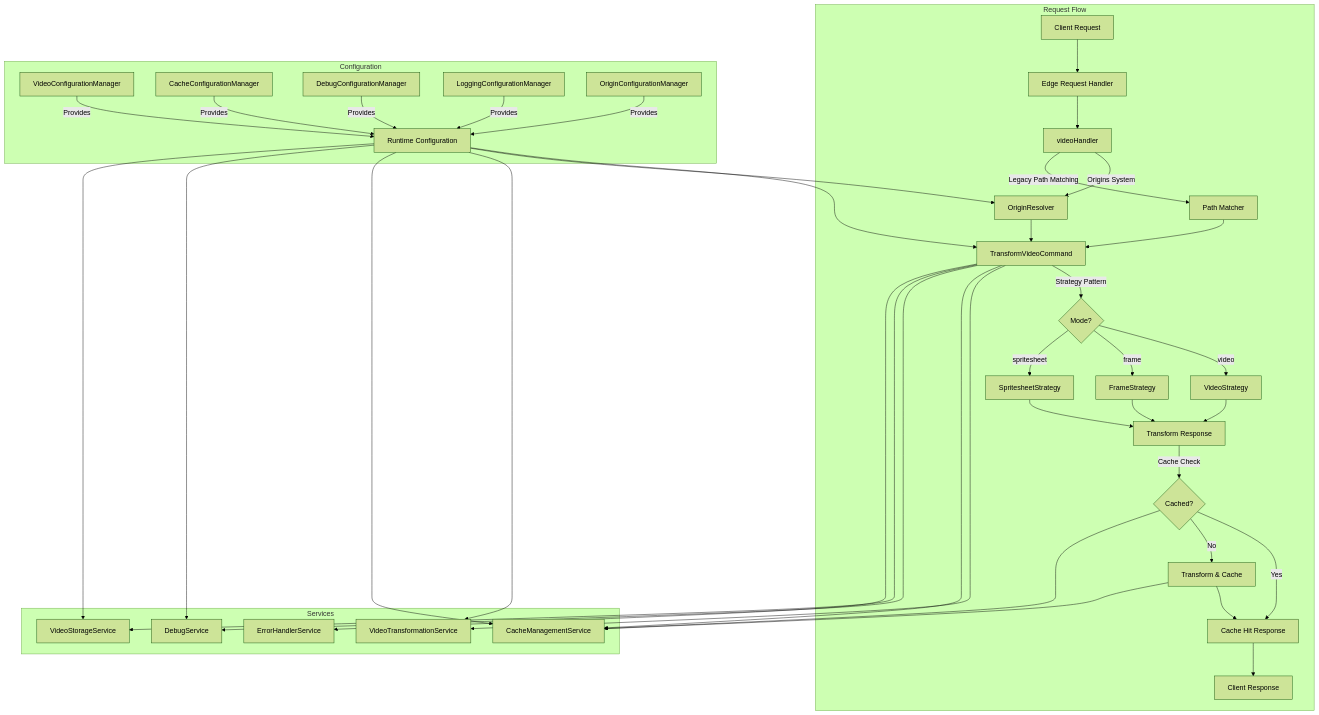
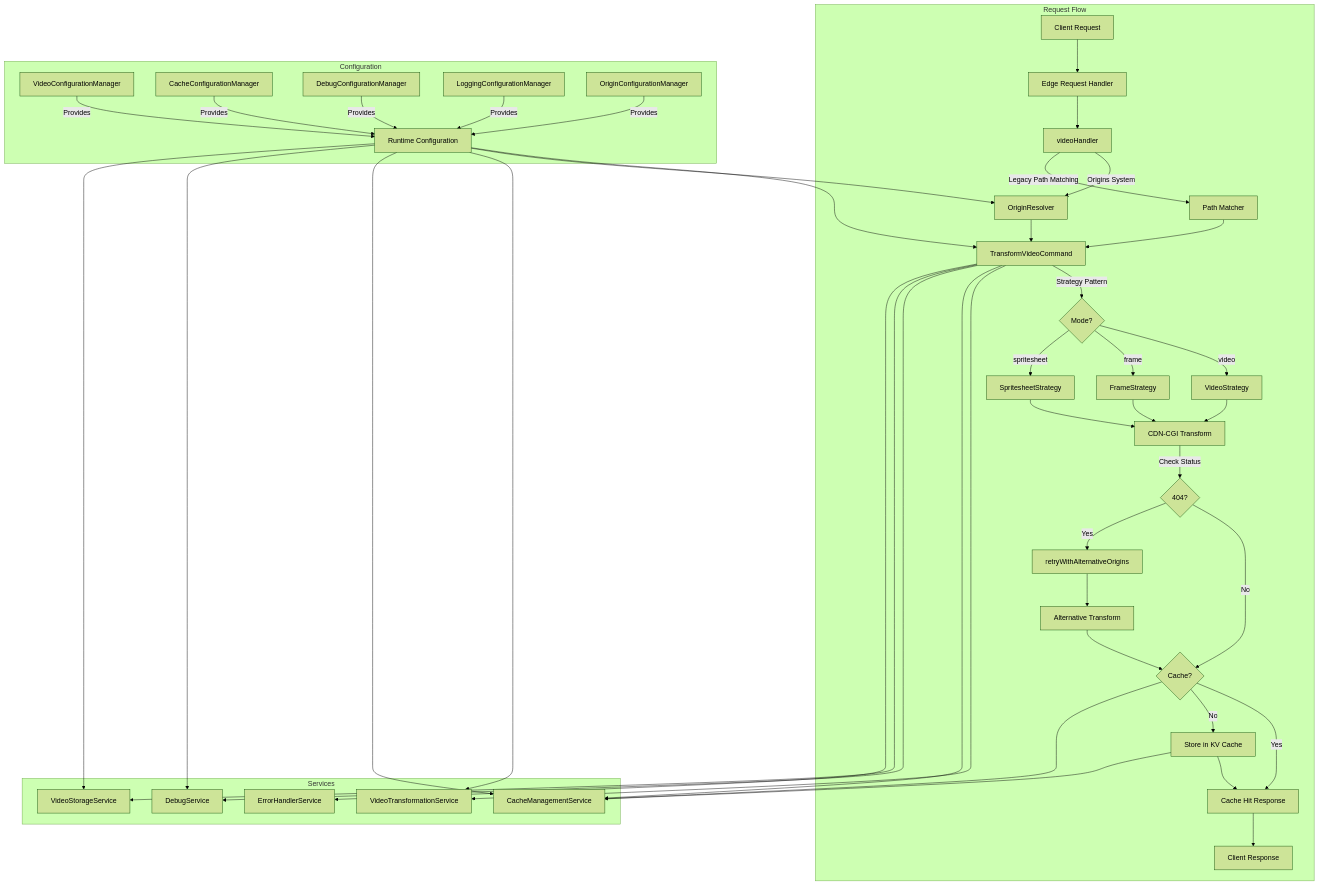
The first of 4 diagrams in docs/architecture/architecture-overview.md (erfianugrah/video-resizer), drawn with Mermaid (forest theme) before and after one commit. The commit also changed 5 other files, not shown here.

Commit message:
mermaid diagrams updated

````diff
--- a/docs/architecture/architecture-overview.md
+++ b/docs/architecture/architecture-overview.md
@@ -36,53 +36,57 @@
 ```mermaid
 flowchart TB
     subgraph Request Flow
         A[Client Request] --> B[Edge Request Handler]
         B --> C[videoHandler]
         C --> |Origins System| OR[OriginResolver]
         C --> |Legacy Path Matching| PM[Path Matcher]
         OR --> D[TransformVideoCommand]
         PM --> D
         D --> |Strategy Pattern| E{Mode?}
         E --> |video| V[VideoStrategy]
         E --> |frame| F[FrameStrategy]
         E --> |spritesheet| S[SpritesheetStrategy]
-        V & F & S --> P[Transform Response]
-        P --> |Cache Check| Q{Cached?}
+        V & F & S --> P[CDN-CGI Transform]
+        P --> |Check Status| STATUS{404?}
+        STATUS --> |No| Q{Cache?}
+        STATUS --> |Yes| RETRY[retryWithAlternativeOrigins]
+        RETRY --> ALT[Alternative Transform]
+        ALT --> Q
         Q --> |Yes| R[Cache Hit Response]
-        Q --> |No| T[Transform & Cache]
+        Q --> |No| T[Store in KV Cache]
         T --> R
         R --> Z[Client Response]
     end
     
     subgraph Configuration
         CM1[VideoConfigurationManager]
         CM2[CacheConfigurationManager]
         CM3[DebugConfigurationManager]
         CM4[LoggingConfigurationManager]
         CM5[OriginConfigurationManager]
         CM1 & CM2 & CM3 & CM4 & CM5 --> |Provides| CONFIG[Runtime Configuration]
     end
     
     subgraph Services
         SVC1[VideoTransformationService]
         SVC2[CacheManagementService]
         SVC3[DebugService]
         SVC4[VideoStorageService]
         SVC5[ErrorHandlerService]
     end
     
     D --> SVC1
     D --> SVC2
     Q --> SVC2
     T --> SVC2
     D --> SVC3
     D --> SVC4
     D --> SVC5
     
     CONFIG --> D
     CONFIG --> OR
     CONFIG --> SVC1
     CONFIG --> SVC2
     CONFIG --> SVC3
     CONFIG --> SVC4
 ```
````
